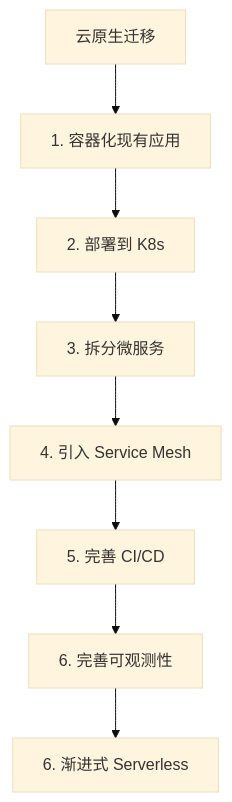
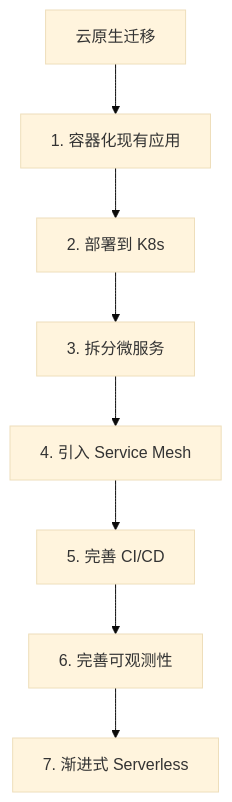
Before and after one commit to weiqiangxu/docs: the eighth of 9 diagrams in posts/architecture/03-架构风格/云原生架构.md, drawn with Mermaid (base theme). The commit also changed other lines of this file and 29 other files, not shown here.

````diff
--- a/posts/architecture/03-架构风格/云原生架构.md
+++ b/posts/architecture/03-架构风格/云原生架构.md
@@ -219,10 +221,10 @@
 ```mermaid
 flowchart TD
     A[云原生迁移] --> B[1. 容器化现有应用]
     B --> C[2. 部署到 K8s]
     C --> D[3. 拆分微服务]
     D --> E[4. 引入 Service Mesh]
     E --> F[5. 完善 CI/CD]
     F --> G[6. 完善可观测性]
-    G --> H[6. 渐进式 Serverless]
+    G --> H[7. 渐进式 Serverless]
 ```
````
